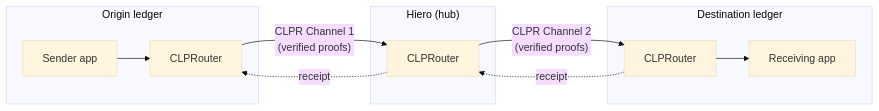
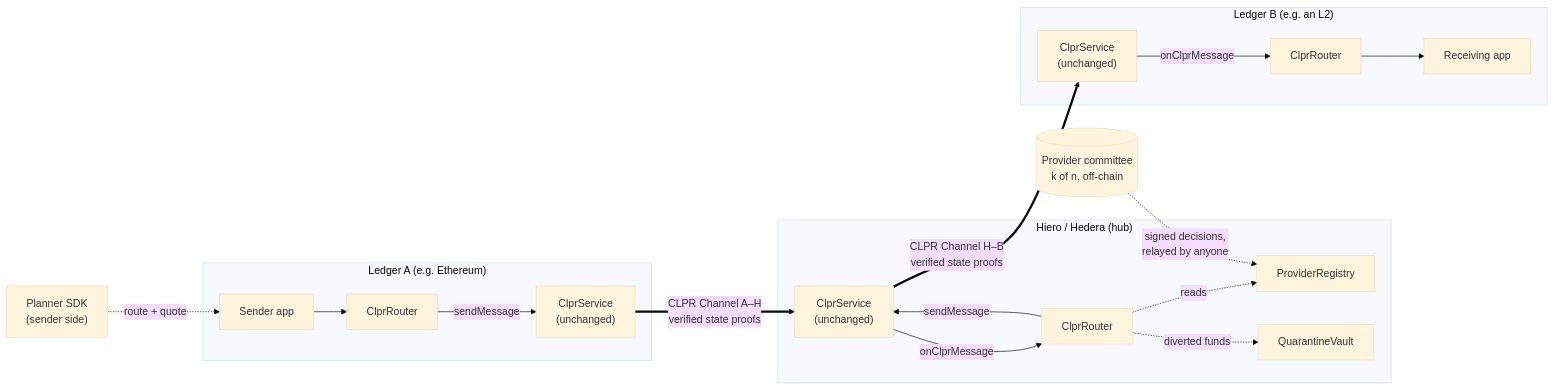
Before and after one commit to ColdAI-org/clprouter: the first of 4 diagrams in README.md, drawn with Mermaid (base theme). The commit also changed other lines of this file, not shown here.

````diff
--- a/README.md
+++ b/README.md
@@ -39,16 +93,23 @@
 ```mermaid
 flowchart LR
-    subgraph A["Origin ledger"]
-        AppA["Sender app"] --> RA["CLPRouter"]
+    subgraph A["Ledger A (e.g. Ethereum)"]
+        appA["Sender app"] --> rA["ClprRouter"]
+        rA -- sendMessage --> sA["ClprService<br/>(unchanged)"]
     end
-    subgraph H["Hiero (hub)"]
-        RH["CLPRouter"]
+    subgraph H["Hiero / Hedera (hub)"]
+        sH["ClprService<br/>(unchanged)"] -- onClprMessage --> rH["ClprRouter"]
+        rH -- sendMessage --> sH
+        regH["ProviderRegistry"]
+        vH["QuarantineVault"]
+        rH -. reads .-> regH
+        rH -. "diverted funds" .-> vH
     end
-    subgraph B["Destination ledger"]
-        RB["CLPRouter"] --> AppB["Receiving app"]
+    subgraph B["Ledger B (e.g. an L2)"]
+        sB["ClprService<br/>(unchanged)"] -- onClprMessage --> rB["ClprRouter"]
+        rB --> appB["Receiving app"]
     end
-    RA -- "CLPR Channel 1<br/>(verified proofs)" --> RH
-    RH -- "CLPR Channel 2<br/>(verified proofs)" --> RB
-    RB -. "receipt" .-> RH
-    RH -. "receipt" .-> RA
+    sA ==>|"CLPR Channel A–H<br/>verified state proofs"| sH
+    sH ==>|"CLPR Channel H–B<br/>verified state proofs"| sB
+    P[("Provider committee<br/>k of n, off-chain")] -. "signed decisions,<br/>relayed by anyone" .-> regH
+    Planner["Planner SDK<br/>(sender side)"] -. "route + quote" .-> appA
 ```
````
